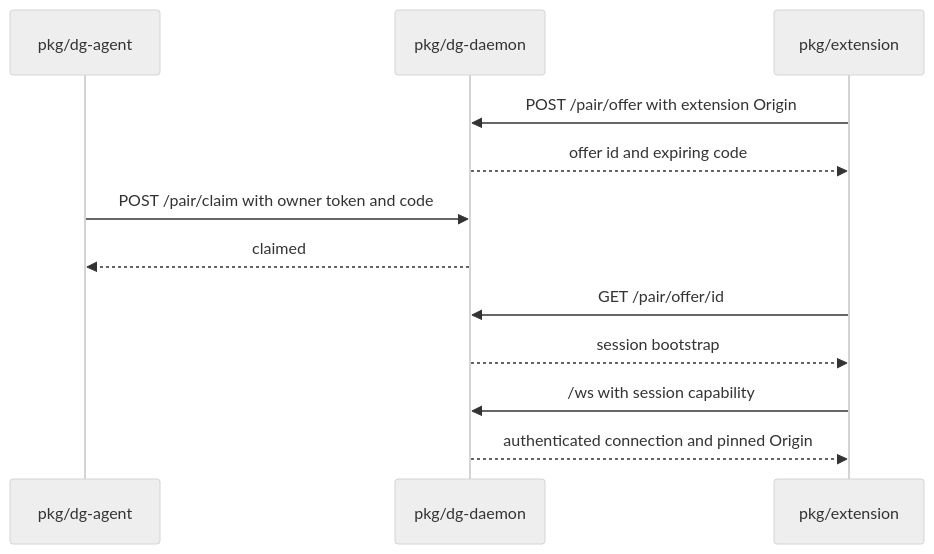
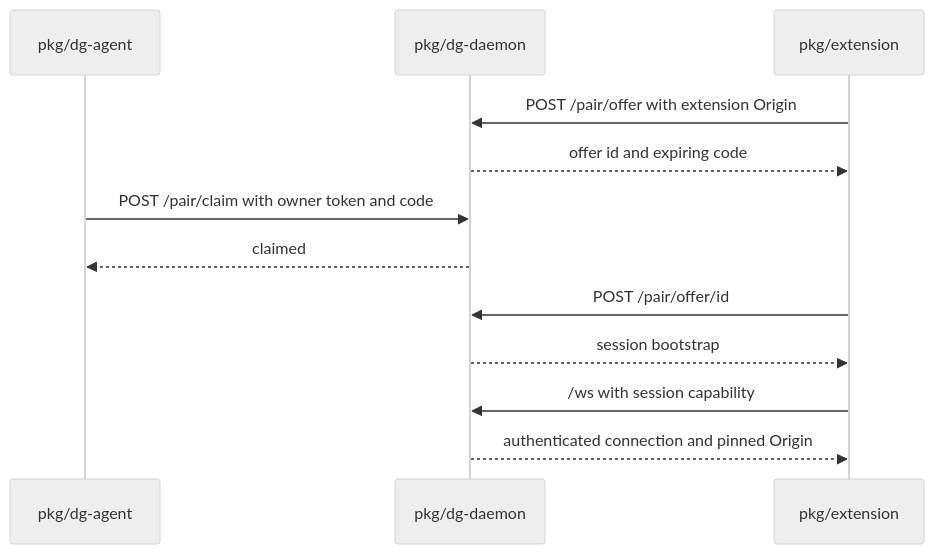
One commit to detailedghost/dg-ai changed the second of 2 diagrams in docs/adr/0004-loopback-pairing.md. Above: the diagram before and after it, drawn with Mermaid (neutral theme). The commit also changed other lines of this file and 10 other files, not shown here.

First line of the commit message:
fix(pairing): poll pair offers with POST so Chromium sends an Origin

````diff
--- a/docs/adr/0004-loopback-pairing.md
+++ b/docs/adr/0004-loopback-pairing.md
@@ -64,14 +64,14 @@
 ```mermaid
 sequenceDiagram
     participant A as pkg/dg-agent
     participant D as pkg/dg-daemon
     participant E as pkg/extension
     E->>D: POST /pair/offer with extension Origin
     D-->>E: offer id and expiring code
     A->>D: POST /pair/claim with owner token and code
     D-->>A: claimed
-    E->>D: GET /pair/offer/id
+    E->>D: POST /pair/offer/id
     D-->>E: session bootstrap
     E->>D: /ws with session capability
     D-->>E: authenticated connection and pinned Origin
 ```
````
